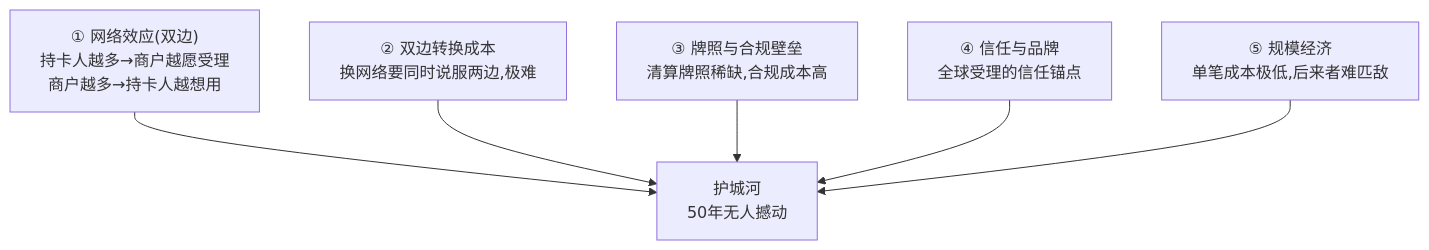
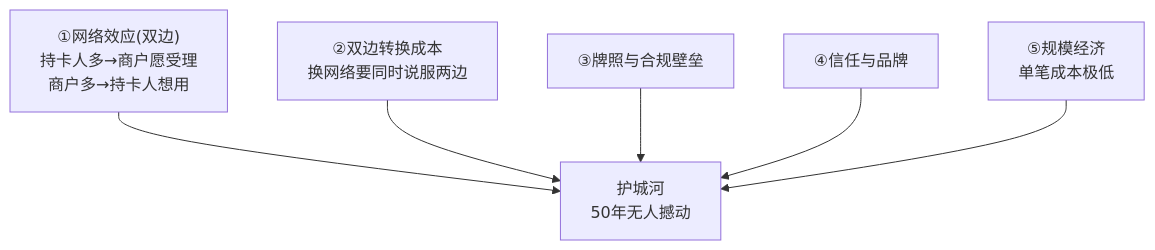
One commit to loong-ju/tech-research changed diagram 13 of 14 in payment/traditional-payment/01-cards-business.md. Above: the diagram before and after it, drawn with Mermaid. The commit also changed other lines of this file and 4 other files, not shown here.

````diff
--- a/payment/traditional-payment/01-cards-business.md
+++ b/payment/traditional-payment/01-cards-business.md
@@ -262,13 +391,13 @@
 ```mermaid
 flowchart TB
-    NE["① 网络效应(双边)<br/>持卡人越多→商户越愿受理<br/>商户越多→持卡人越想用"]
-    SW["② 双边转换成本<br/>换网络要同时说服两边,极难"]
-    REG["③ 牌照与合规壁垒<br/>清算牌照稀缺,合规成本高"]
-    TR["④ 信任与品牌<br/>全球受理的信任锚点"]
-    SC["⑤ 规模经济<br/>单笔成本极低,后来者难匹敌"]
+    NE["①网络效应(双边)<br/>持卡人多→商户愿受理<br/>商户多→持卡人想用"]
+    SW["②双边转换成本<br/>换网络要同时说服两边"]
+    REG["③牌照与合规壁垒"]
+    TR["④信任与品牌"]
+    SC["⑤规模经济<br/>单笔成本极低"]
     NE --> MOAT["护城河<br/>50年无人撼动"]
     SW --> MOAT
     REG --> MOAT
     TR --> MOAT
     SC --> MOAT
 ```
````
